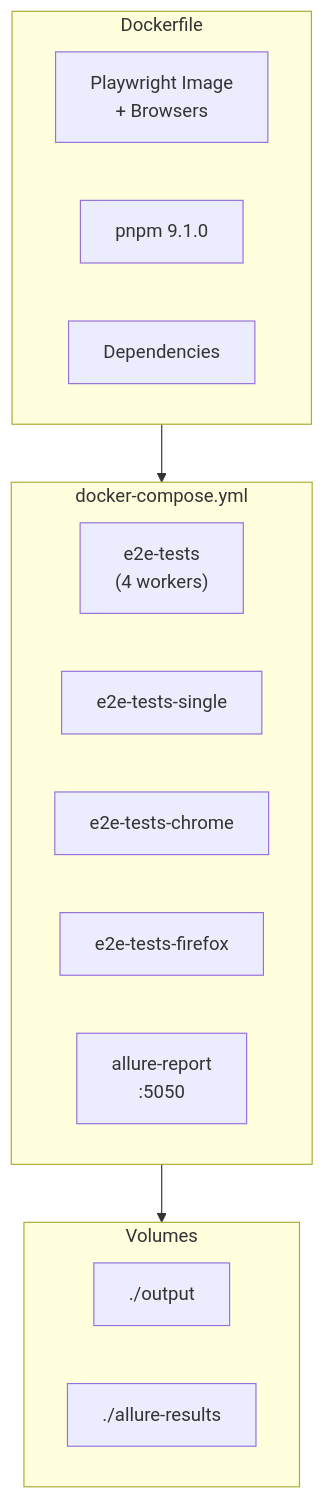
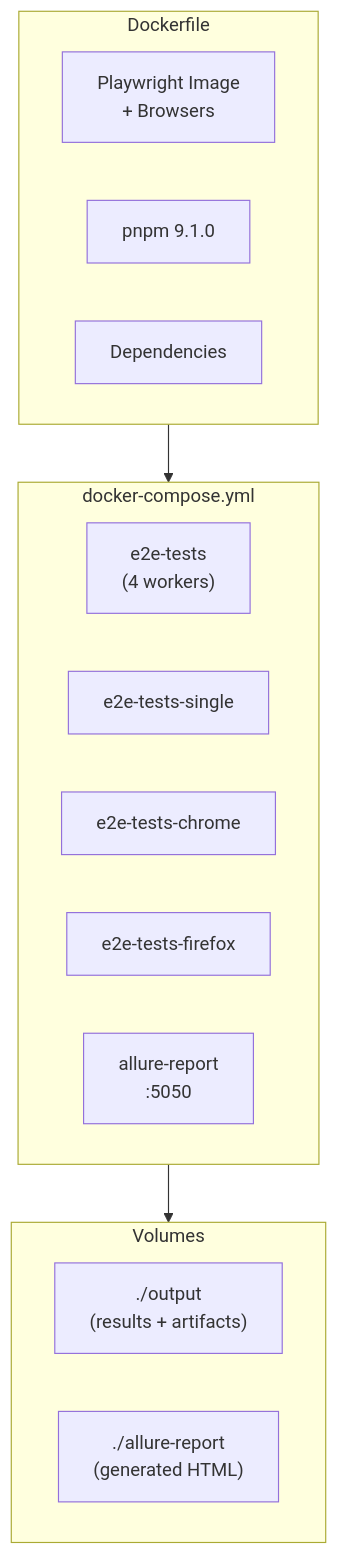
Diagram 11 of 13 in README.md (Akhil15011997/poppuloTestProject), drawn with Mermaid before and after one commit. The commit also changed other lines of this file and 8 other files, not shown here.

````diff
--- a/README.md
+++ b/README.md
@@ -586,24 +586,24 @@
 ```mermaid
 flowchart TB
     subgraph Compose[docker-compose.yml]
         parallel["e2e-tests\n(4 workers)"]
         single["e2e-tests-single"]
         chrome["e2e-tests-chrome"]
         firefox["e2e-tests-firefox"]
         allure["allure-report\n:5050"]
     end
     
     subgraph Image[Dockerfile]
         base["Playwright Image\n+ Browsers"]
         pnpm["pnpm 9.1.0"]
         deps["Dependencies"]
     end
     
     subgraph Volumes[Volumes]
-        output["./output"]
-        results["./allure-results"]
+        output["./output\n(results + artifacts)"]
+        report["./allure-report\n(generated HTML)"]
     end
     
     Image --> Compose
     Compose --> Volumes
 ```
````
